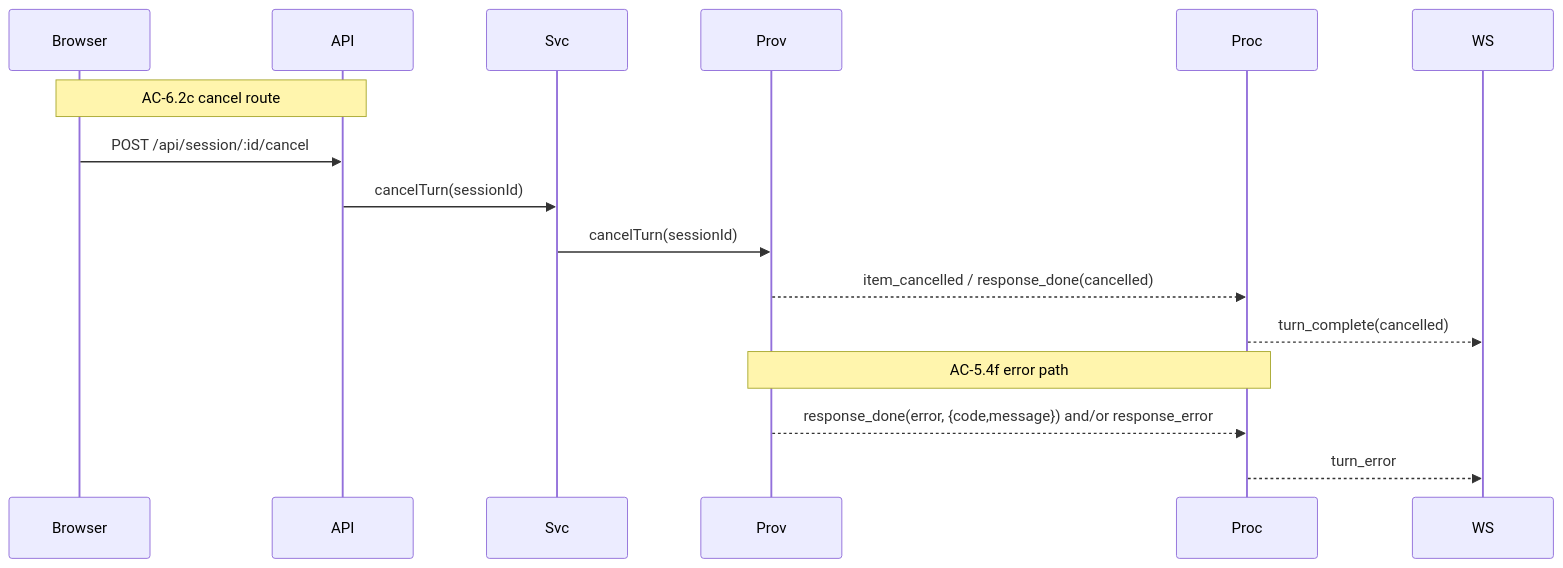
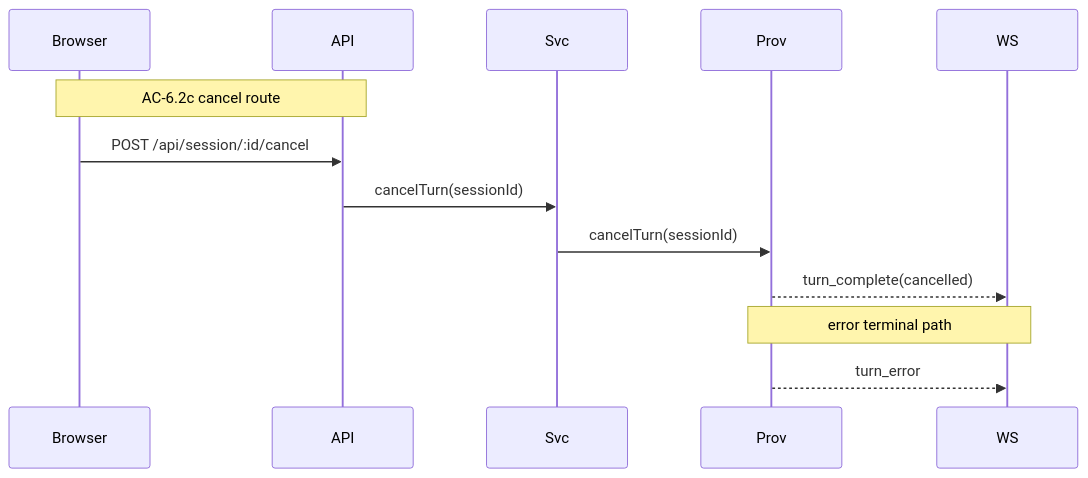
One commit to liminal-ai/liminal-builder changed the fifth of 7 diagrams in docs/epics/02-provider-streaming-pipeline/tech-design.md. Above: the diagram before and after it, drawn with Mermaid. The commit also changed other lines of this file and 27 other files, not shown here.

````diff
--- a/docs/epics/02-provider-streaming-pipeline/tech-design.md
+++ b/docs/epics/02-provider-streaming-pipeline/tech-design.md
@@ -296,20 +296,17 @@
 ```mermaid
 sequenceDiagram
     participant Browser
     participant API
     participant Svc
     participant Prov
-    participant Proc
     participant WS
 
     Note over Browser,API: AC-6.2c cancel route
     Browser->>API: POST /api/session/:id/cancel
     API->>Svc: cancelTurn(sessionId)
     Svc->>Prov: cancelTurn(sessionId)
-    Prov-->>Proc: item_cancelled / response_done(cancelled)
-    Proc-->>WS: turn_complete(cancelled)
+    Prov-->>WS: turn_complete(cancelled)
 
-    Note over Prov,Proc: AC-5.4f error path
-    Prov-->>Proc: response_done(error, {code,message}) and/or response_error
-    Proc-->>WS: turn_error
+    Note over Prov,WS: error terminal path
+    Prov-->>WS: turn_error
 ```
````
